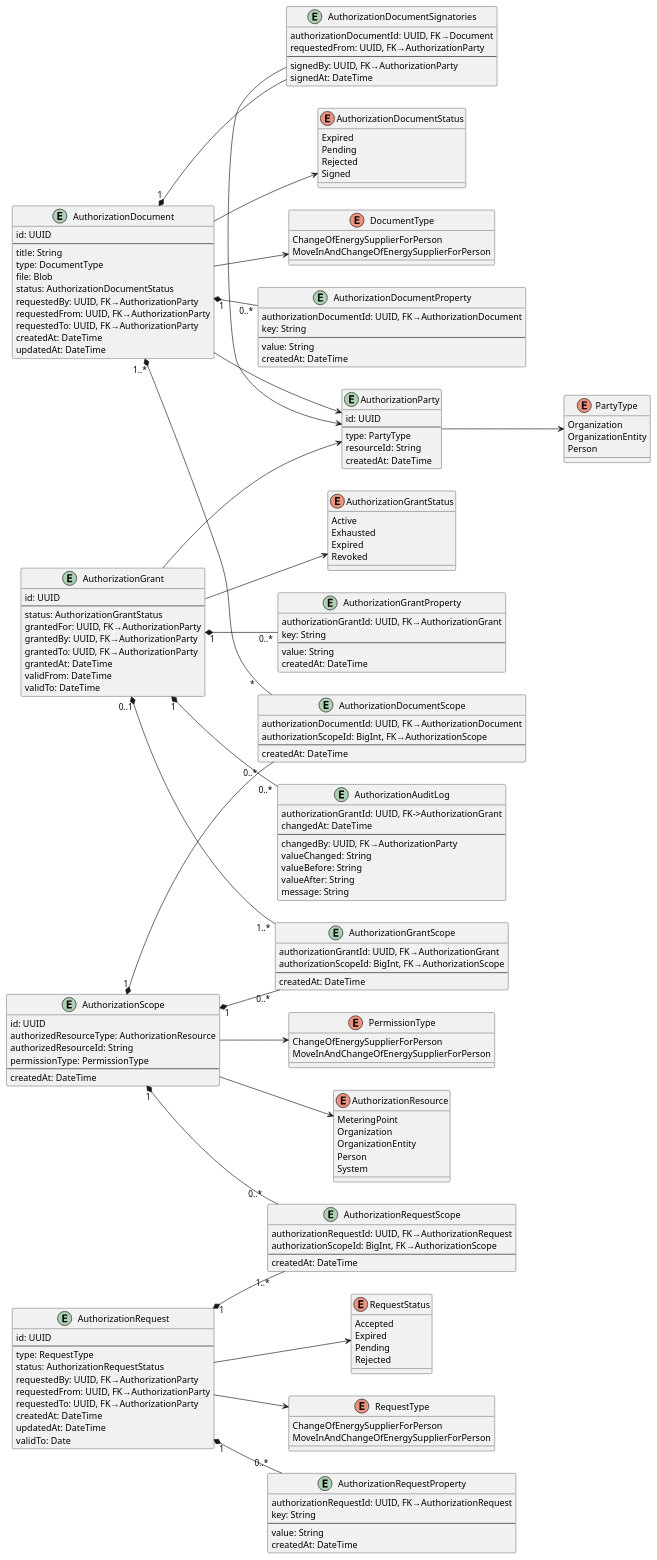
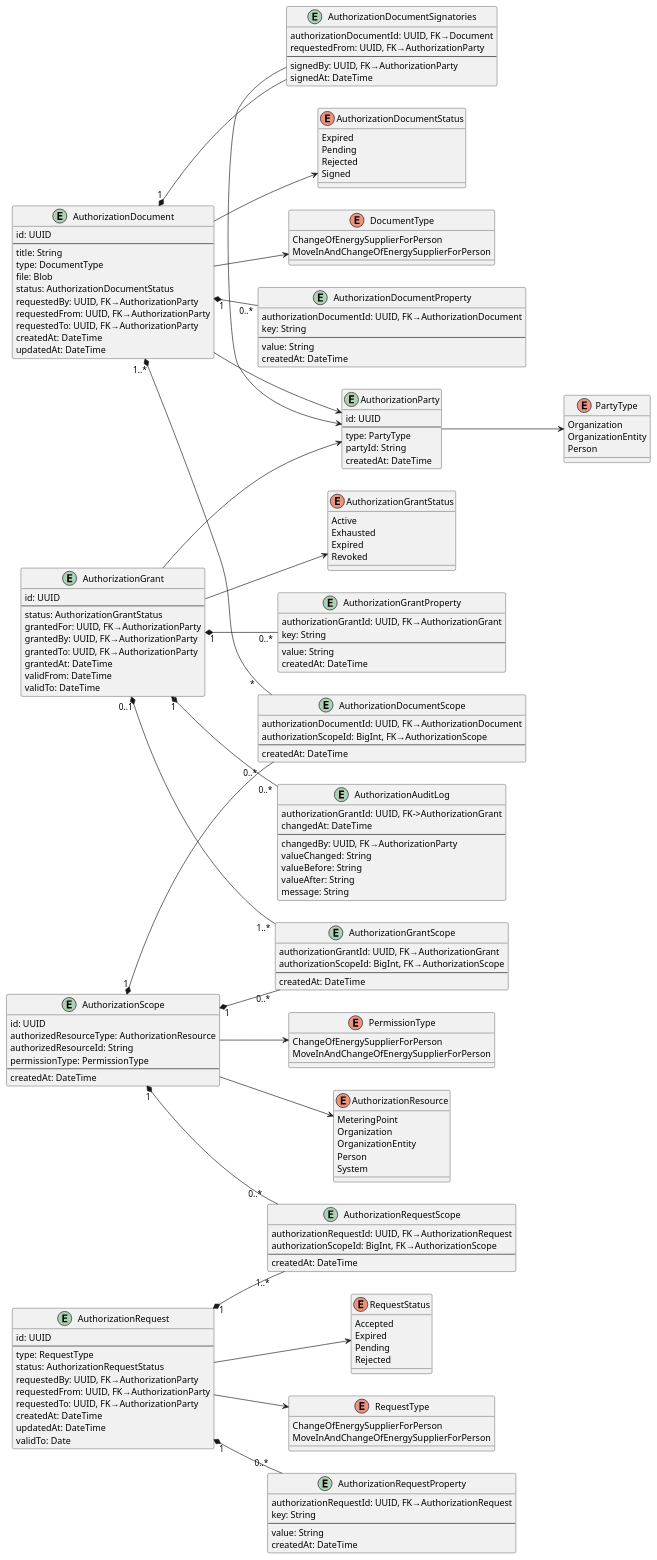
The diagram in docs/assets/datamodel.plantuml (elhub/auth-grant-manager), drawn with PlantUML before and after one commit. The commit also changed 42 other files, not shown here.

```diff
--- a/docs/assets/datamodel.plantuml
+++ b/docs/assets/datamodel.plantuml
@@ -174,7 +174,7 @@
   id: UUID
   --
   type: PartyType
-  resourceId: String
+  partyId: String
   createdAt: DateTime
 }
 
```
